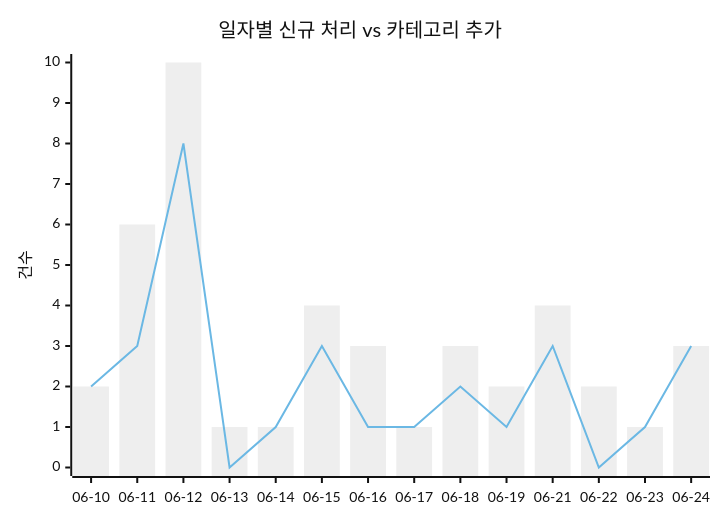
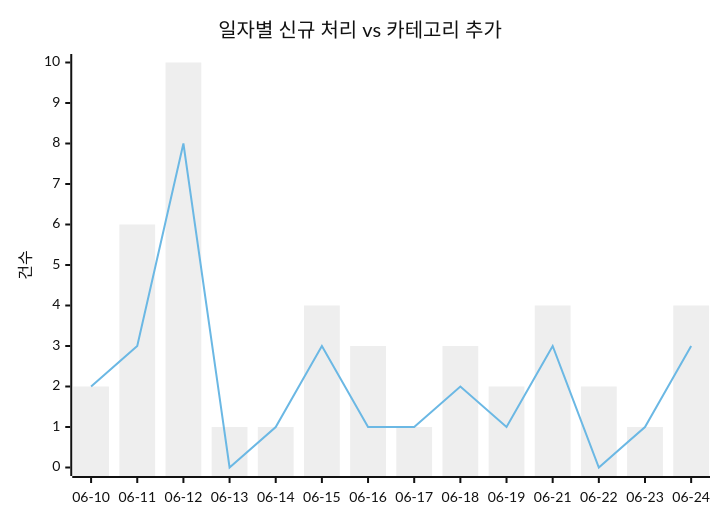
Before and after one commit to J-nowcow/awesome-korean-agent-skills: the first of 2 diagrams in docs/trends.md, drawn with Mermaid (neutral theme). The commit also changed other lines of this file and 2 other files, not shown here.

````diff
--- a/docs/trends.md
+++ b/docs/trends.md
@@ -32,8 +32,8 @@
 ```mermaid
 xychart-beta
     title "일자별 신규 처리 vs 카테고리 추가"
     x-axis ["06-10","06-11","06-12","06-13","06-14","06-15","06-16","06-17","06-18","06-19","06-21","06-22","06-23","06-24"]
     y-axis "건수"
-    bar [2,6,10,1,1,4,3,1,3,2,4,2,1,3]
+    bar [2,6,10,1,1,4,3,1,3,2,4,2,1,4]
     line [2,3,8,0,1,3,1,1,2,1,3,0,1,3]
 ```
````
